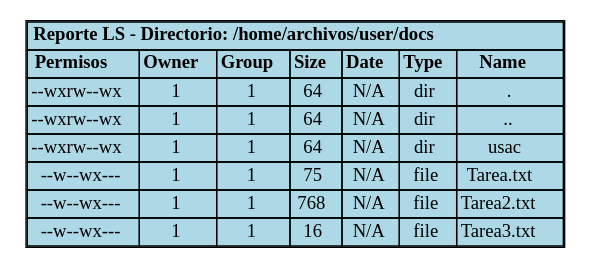
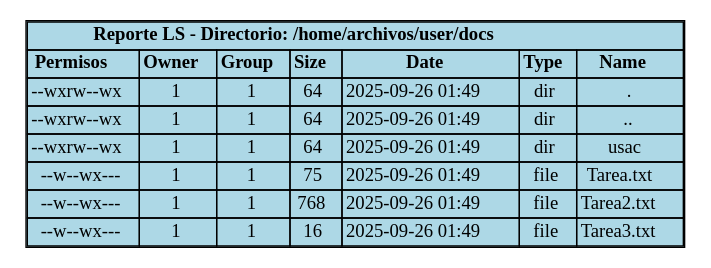
Before and after one commit to DiegVas/MIA_2S2025_P2_202300638: the diagram in backend/provider/reports/src/ls_381A.dot, drawn with Graphviz. The commit also changed 15 other files, not shown here.

```diff
--- a/backend/provider/reports/src/ls_381A.dot
+++ b/backend/provider/reports/src/ls_381A.dot
@@ -1,71 +1,71 @@
 digraph LS_Report {
     rankdir=TB;
     node [shape=plaintext];
     edge [style=invisible];
     title [label=<<TABLE BORDER="1" CELLBORDER="1" CELLSPACING="0" BGCOLOR="lightblue">
         <TR><TD COLSPAN="7"><B>Reporte LS - Directorio: /home/archivos/user/docs</B></TD></TR>
         <TR>
             <TD><B>Permisos</B></TD>
             <TD><B>Owner</B></TD>
             <TD><B>Group</B></TD>
             <TD><B>Size</B></TD>
             <TD><B>Date</B></TD>
             <TD><B>Type</B></TD>
             <TD><B>Name</B></TD>
         </TR>
         <TR>
             <TD>--wxrw--wx</TD>
             <TD>1</TD>
             <TD>1</TD>
             <TD>64</TD>
-            <TD>N/A</TD>
+            <TD>2025-09-26 01:49</TD>
             <TD>dir</TD>
             <TD>.</TD>
         </TR>
         <TR>
             <TD>--wxrw--wx</TD>
             <TD>1</TD>
             <TD>1</TD>
             <TD>64</TD>
-            <TD>N/A</TD>
+            <TD>2025-09-26 01:49</TD>
             <TD>dir</TD>
             <TD>..</TD>
         </TR>
         <TR>
             <TD>--wxrw--wx</TD>
             <TD>1</TD>
             <TD>1</TD>
             <TD>64</TD>
-            <TD>N/A</TD>
+            <TD>2025-09-26 01:49</TD>
             <TD>dir</TD>
             <TD>usac</TD>
         </TR>
         <TR>
             <TD>--w--wx---</TD>
             <TD>1</TD>
             <TD>1</TD>
             <TD>75</TD>
-            <TD>N/A</TD>
+            <TD>2025-09-26 01:49</TD>
             <TD>file</TD>
             <TD>Tarea.txt</TD>
         </TR>
         <TR>
             <TD>--w--wx---</TD>
             <TD>1</TD>
             <TD>1</TD>
             <TD>768</TD>
-            <TD>N/A</TD>
+            <TD>2025-09-26 01:49</TD>
             <TD>file</TD>
             <TD>Tarea2.txt</TD>
         </TR>
         <TR>
             <TD>--w--wx---</TD>
             <TD>1</TD>
             <TD>1</TD>
             <TD>16</TD>
-            <TD>N/A</TD>
+            <TD>2025-09-26 01:49</TD>
             <TD>file</TD>
             <TD>Tarea3.txt</TD>
         </TR>
     </TABLE>>];
 }
```
